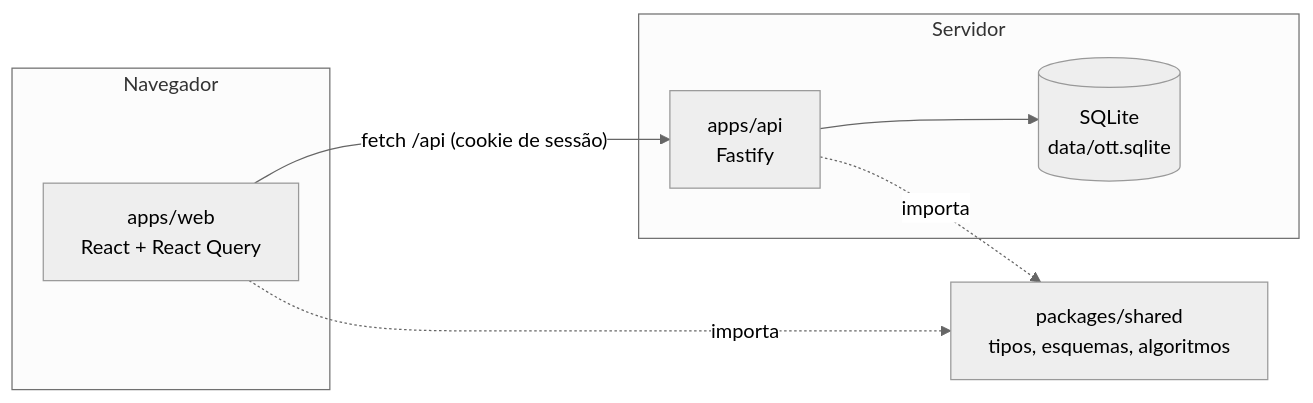
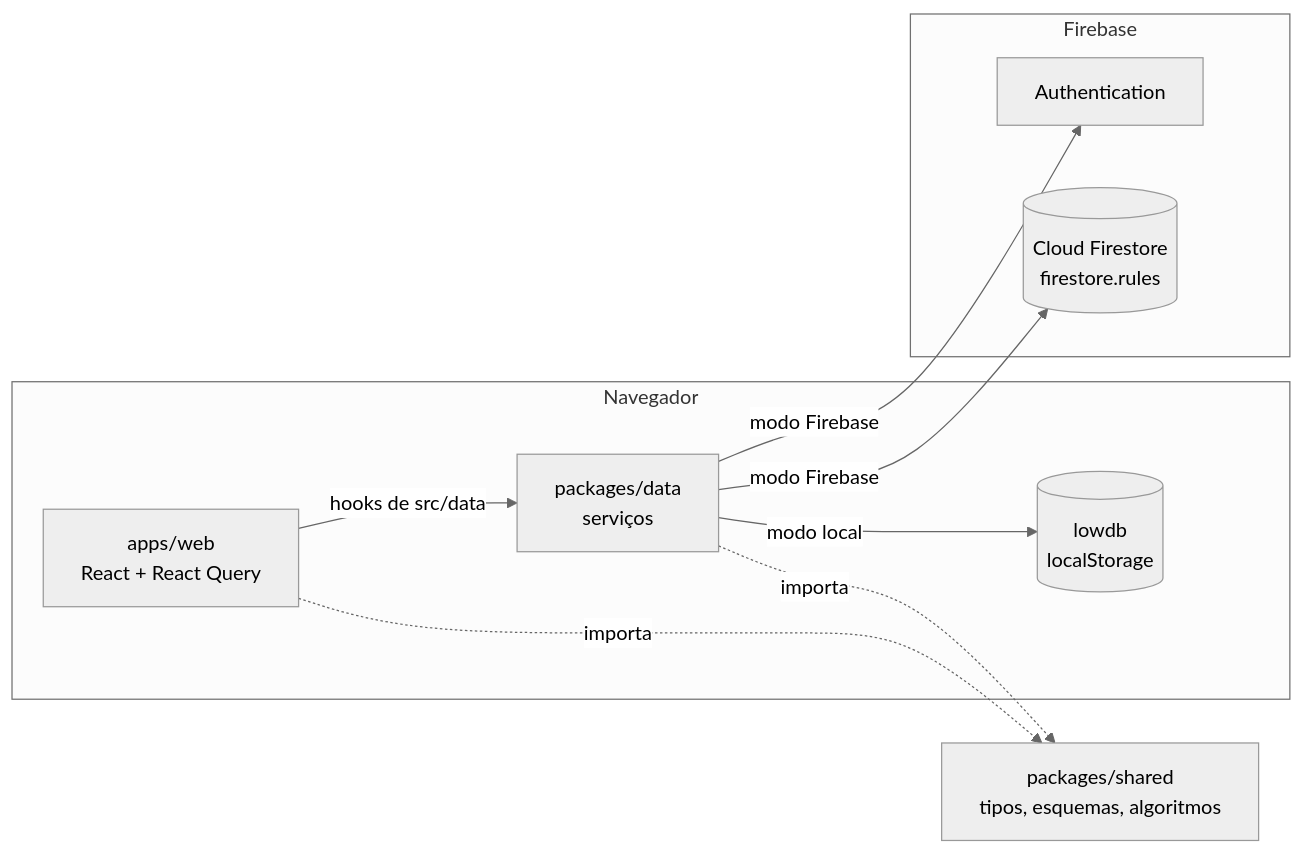
Before and after one commit to RuanPS01/open-task-tracker: the diagram in docs/01-arquitetura.md, drawn with Mermaid (neutral theme). The commit also changed other lines of this file and 12 other files, not shown here.

First line of the commit message:
Atualiza a documentação para Firebase, lowdb e GitHub Pages

````diff
--- a/docs/01-arquitetura.md
+++ b/docs/01-arquitetura.md
@@ -15,15 +20,19 @@
 ```mermaid
 flowchart LR
   subgraph Navegador
     WEB[apps/web<br/>React + React Query]
+    DATA[packages/data<br/>serviços]
+    LOCAL[(lowdb<br/>localStorage)]
   end
-  subgraph Servidor
-    API[apps/api<br/>Fastify]
-    DB[(SQLite<br/>data/ott.sqlite)]
+  subgraph Firebase
+    AUTH[Authentication]
+    FS[(Cloud Firestore<br/>firestore.rules)]
   end
   SHARED[packages/shared<br/>tipos, esquemas, algoritmos]
-  WEB -- "fetch /api (cookie de sessão)" --> API
-  API --> DB
+  WEB -- hooks de src/data --> DATA
+  DATA -- modo Firebase --> AUTH
+  DATA -- modo Firebase --> FS
+  DATA -- modo local --> LOCAL
   WEB -. importa .-> SHARED
-  API -. importa .-> SHARED
+  DATA -. importa .-> SHARED
 ```
````
